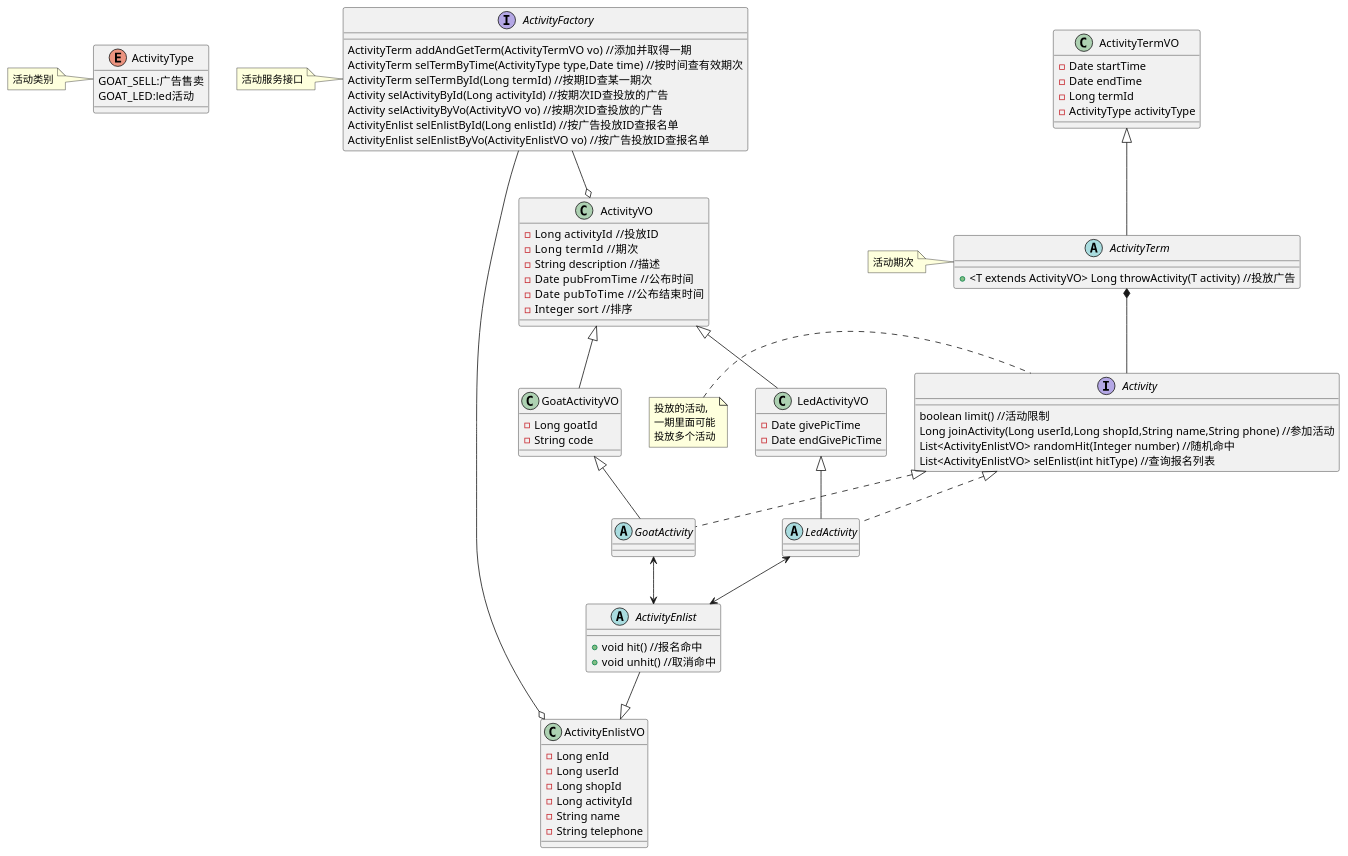
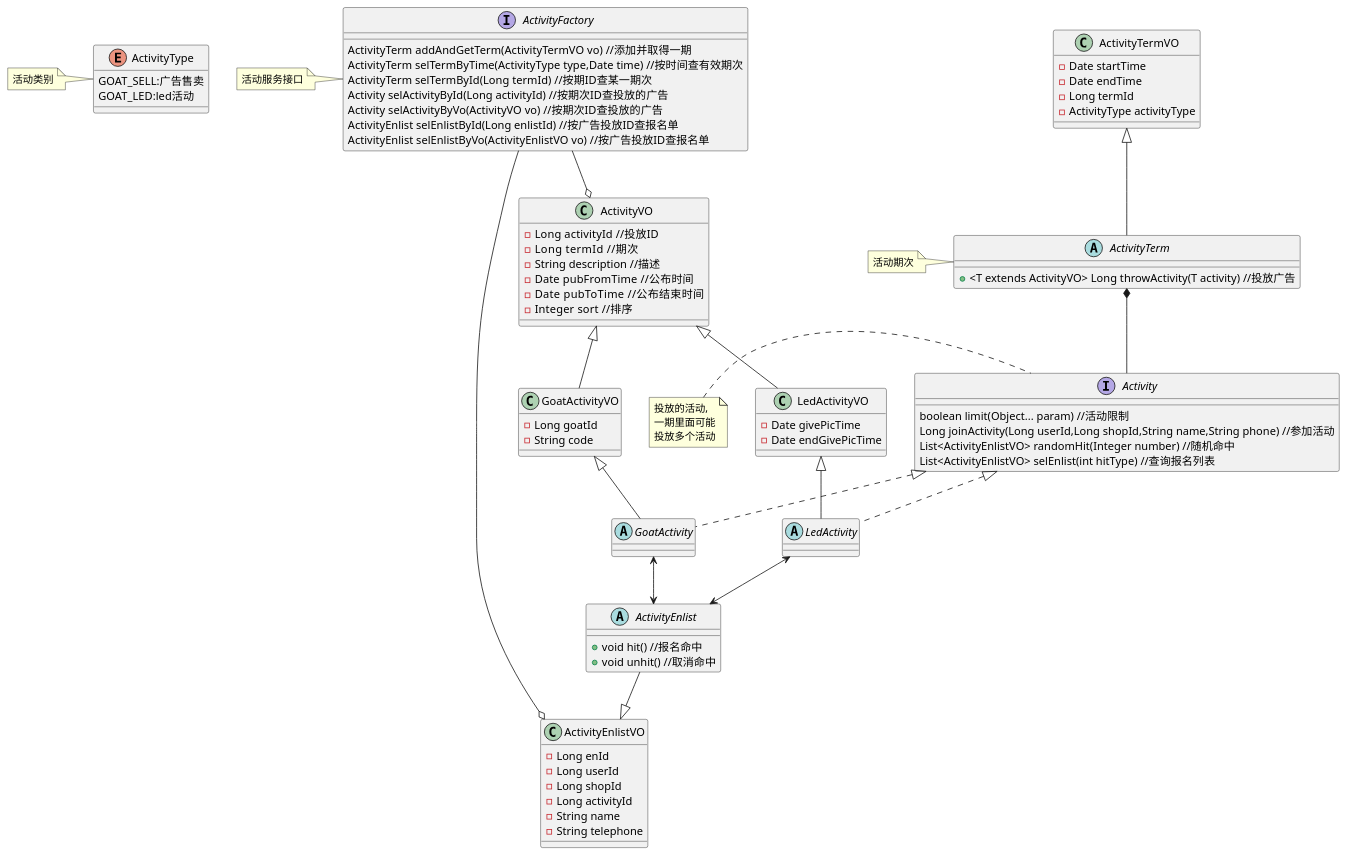
The diagram in main4-spread/main4-spread-api/src/main/resources/activity_class.puml (pogy/main-pom), drawn with PlantUML before and after one commit. The commit also changed 3 other files, not shown here.

```diff
--- a/main4-spread/main4-spread-api/src/main/resources/activity_class.puml
+++ b/main4-spread/main4-spread-api/src/main/resources/activity_class.puml
@@ -1,101 +1,101 @@
 @startuml
 
 enum ActivityType{
 GOAT_SELL:广告售卖
 GOAT_LED:led活动
 }
 
 note left of ActivityType:活动类别
 
 abstract class ActivityTerm{
 +<T extends ActivityVO> Long throwActivity(T activity) //投放广告
 }
 
 class ActivityTermVO{
 -Date startTime
 -Date endTime
 -Long termId
 -ActivityType activityType
 }
 
 note left of ActivityTerm:活动期次
 
 interface Activity{
-boolean limit() //活动限制
+boolean limit(Object... param) //活动限制
 Long joinActivity(Long userId,Long shopId,String name,String phone) //参加活动
 List<ActivityEnlistVO> randomHit(Integer number) //随机命中
 List<ActivityEnlistVO> selEnlist(int hitType) //查询报名列表
 }
 
 note left of Activity:投放的活动,\n一期里面可能\n投放多个活动
 
 abstract class GoatActivity{
 }
 
 class ActivityVO{
 -Long activityId  //投放ID
 -Long termId   //期次
 -String description //描述
 -Date pubFromTime  //公布时间
 -Date pubToTime   //公布结束时间
 -Integer sort  //排序
 }
 
 class GoatActivityVO{
 -Long goatId
 -String code
 }
 
 abstract class LedActivity{
 }
 
 class LedActivityVO{
 -Date givePicTime
 -Date endGivePicTime
 }
 
 abstract class ActivityEnlist{
 +void hit() //报名命中
 +void unhit() //取消命中
 }
 
 class ActivityEnlistVO{
 -Long enId
 -Long userId
 -Long shopId
 -Long activityId
 -String name
 -String telephone
 }
 
 interface ActivityFactory{
 ActivityTerm addAndGetTerm(ActivityTermVO vo) //添加并取得一期
 ActivityTerm selTermByTime(ActivityType type,Date time) //按时间查有效期次
 ActivityTerm selTermById(Long termId) //按期ID查某一期次
 Activity selActivityById(Long activityId) //按期次ID查投放的广告
 Activity selActivityByVo(ActivityVO vo) //按期次ID查投放的广告
 ActivityEnlist selEnlistById(Long enlistId) //按广告投放ID查报名单
 ActivityEnlist selEnlistByVo(ActivityEnlistVO vo) //按广告投放ID查报名单
 
 }
 
 note left of ActivityFactory:活动服务接口
 Activity <|.. GoatActivity
 
 Activity <|.. LedActivity
 
 ActivityTerm *-- Activity
 
 ActivityTermVO <|--ActivityTerm
 
 GoatActivity <--> ActivityEnlist
 LedActivity <--> ActivityEnlist
 ActivityFactory --o ActivityEnlistVO
 ActivityFactory --o ActivityVO
 ActivityVO <|-- LedActivityVO
 ActivityVO <|-- GoatActivityVO
 
 LedActivityVO <|-- LedActivity
 GoatActivityVO <|-- GoatActivity
 ActivityEnlist --|> ActivityEnlistVO
 @enduml
```
